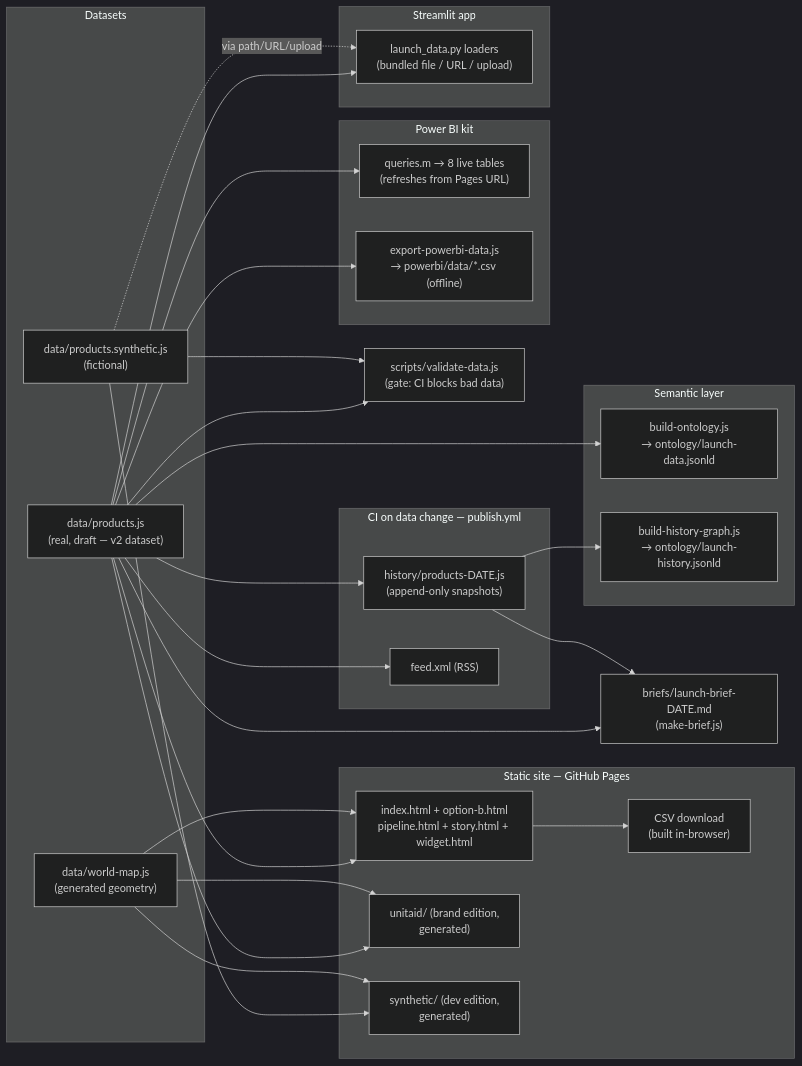
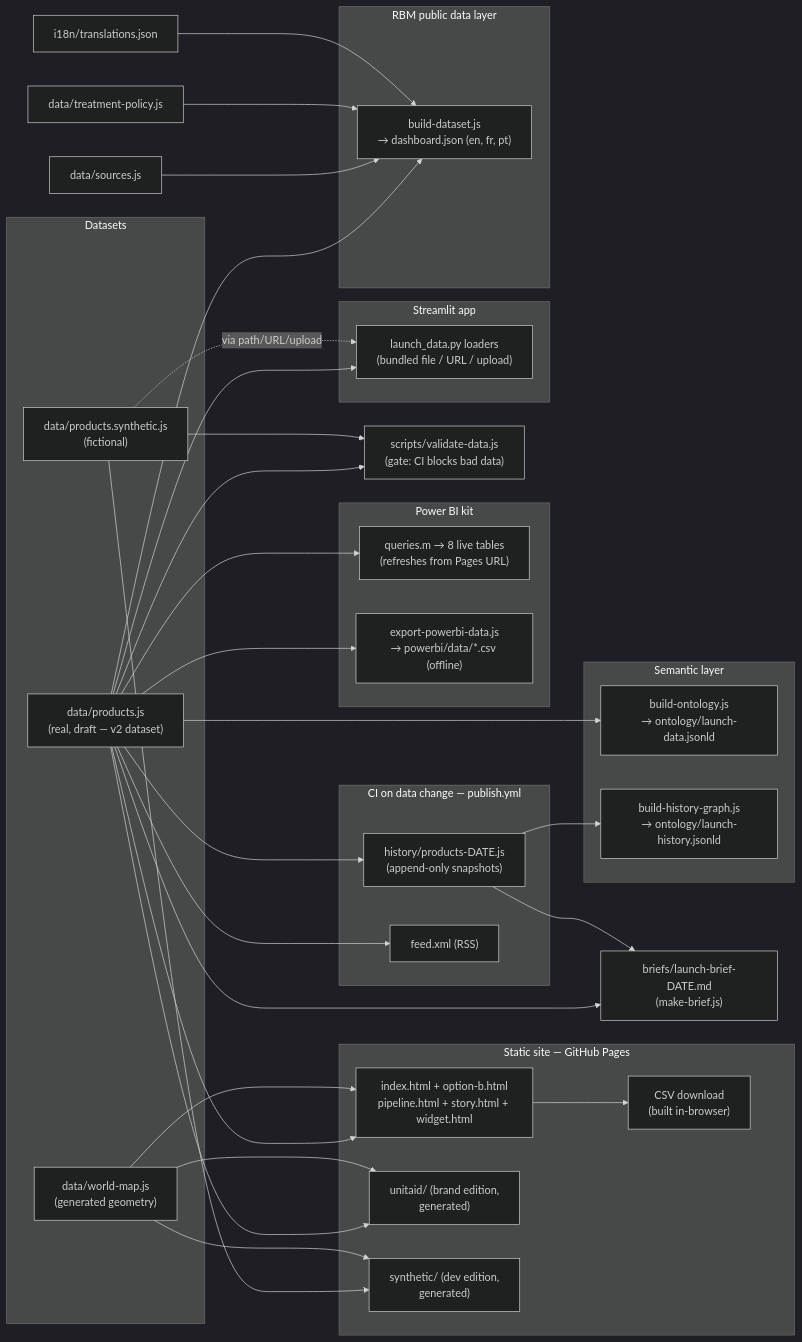
The second of 2 diagrams in docs/data-model.md (KylerXiv/launch-development-test), drawn with Mermaid (dark theme) before and after one commit. The commit also changed other lines of this file and 16 other files, not shown here.

First line of the commit message:
Publish dashboard.json to RBM's public data repo

````diff
--- a/docs/data-model.md
+++ b/docs/data-model.md
@@ -148,57 +148,65 @@
 ```mermaid
 flowchart LR
     subgraph sources [Datasets]
         REAL["data/products.js<br/>(real, draft — v2 dataset)"]
         SYN["data/products.synthetic.js<br/>(fictional)"]
         MAP["data/world-map.js<br/>(generated geometry)"]
     end
 
     V["scripts/validate-data.js<br/>(gate: CI blocks bad data)"]
     REAL --> V
     SYN --> V
 
     subgraph static [Static site — GitHub Pages]
         A["index.html + option-b.html<br/>pipeline.html + story.html + widget.html"]
         U["unitaid/ (brand edition,<br/>generated)"]
         S["synthetic/ (dev edition,<br/>generated)"]
         CSVDL["CSV download<br/>(built in-browser)"]
     end
     REAL --> A
     REAL --> U
     SYN --> S
     MAP --> A
     MAP --> U
     MAP --> S
     A --> CSVDL
 
     subgraph ci [CI on data change — publish.yml]
         H["history/products-DATE.js<br/>(append-only snapshots)"]
         F["feed.xml (RSS)"]
     end
     REAL --> H
     REAL --> F
 
     B["briefs/launch-brief-DATE.md<br/>(make-brief.js)"]
     REAL --> B
     H --> B
 
     subgraph pbi [Power BI kit]
         Q["queries.m → 8 live tables<br/>(refreshes from Pages URL)"]
         E["export-powerbi-data.js<br/>→ powerbi/data/*.csv (offline)"]
     end
     REAL --> Q
     REAL --> E
 
     subgraph st [Streamlit app]
         L["launch_data.py loaders<br/>(bundled file / URL / upload)"]
     end
     REAL --> L
     SYN -. "via path/URL/upload" .-> L
 
     subgraph sem [Semantic layer]
         O["build-ontology.js<br/>→ ontology/launch-data.jsonld"]
         OH["build-history-graph.js<br/>→ ontology/launch-history.jsonld"]
     end
     REAL --> O
     H --> OH
+
+    subgraph rbm [RBM public data layer]
+        DS["build-dataset.js<br/>→ dashboard.json (en, fr, pt)"]
+    end
+    REAL --> DS
+    SRCREG["data/sources.js"] --> DS
+    TPOL["data/treatment-policy.js"] --> DS
+    MEM["i18n/translations.json"] --> DS
 ```
````
